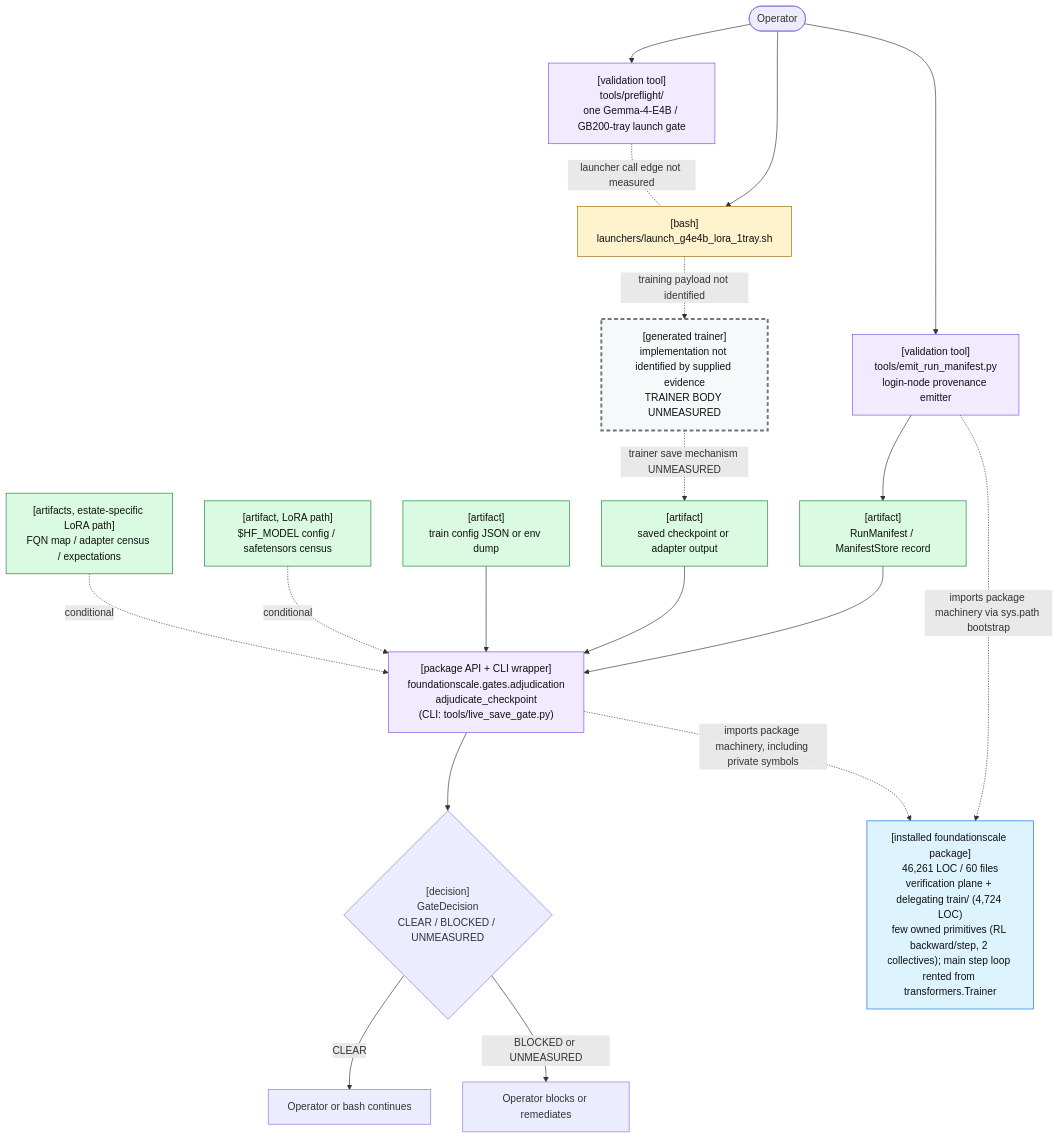
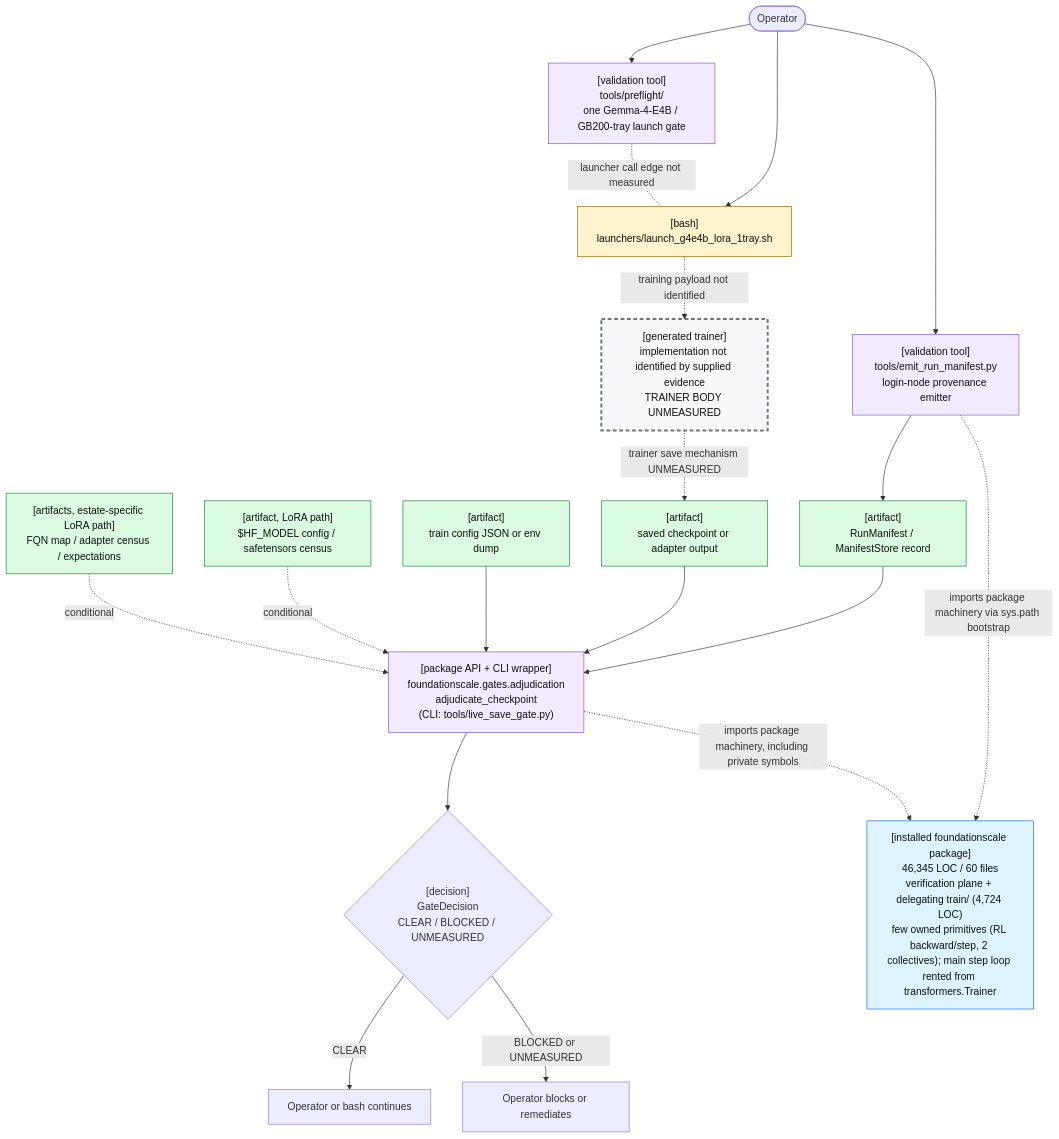
Before and after one commit to TranNhiem/FoundationScale: the first of 2 diagrams in docs/review/D2_current_architecture.md, drawn with Mermaid. The commit also changed other lines of this file and 18 other files, not shown here.

````diff
--- a/docs/review/D2_current_architecture.md
+++ b/docs/review/D2_current_architecture.md
@@ -25,59 +25,59 @@
 ```mermaid
 flowchart TB
   O(["Operator"])
 
   PF["[validation tool]<br/>tools/preflight/<br/>one Gemma-4-E4B / GB200-tray launch gate"]
   L["[bash]<br/>launchers/launch_g4e4b_lora_1tray.sh"]
 
   E["[validation tool]<br/>tools/emit_run_manifest.py<br/>login-node provenance emitter"]
   M["[artifact]<br/>RunManifest / ManifestStore record"]
 
   T["[generated trainer]<br/>implementation not identified by supplied evidence<br/>TRAINER BODY UNMEASURED"]
   C["[artifact]<br/>saved checkpoint or adapter output"]
 
   G["[package API + CLI wrapper]<br/>foundationscale.gates.adjudication<br/>adjudicate_checkpoint<br/>(CLI: tools/live_save_gate.py)"]
   CFG["[artifact]<br/>train config JSON or env dump"]
   BASE["[artifact, LoRA path]<br/>$HF_MODEL config / safetensors census"]
   CEN["[artifacts, estate-specific LoRA path]<br/>FQN map / adapter census / expectations"]
 
   D{"[decision]<br/>GateDecision<br/>CLEAR / BLOCKED / UNMEASURED"}
   OK["Operator or bash continues"]
   NO["Operator blocks or remediates"]
 
-  PKG["[installed foundationscale package]<br/>46,261 LOC / 60 files<br/>verification plane + delegating train/ (4,724 LOC)<br/>few owned primitives (RL backward/step, 2 collectives); main step loop rented from transformers.Trainer"]
+  PKG["[installed foundationscale package]<br/>46,345 LOC / 60 files<br/>verification plane + delegating train/ (4,724 LOC)<br/>few owned primitives (RL backward/step, 2 collectives); main step loop rented from transformers.Trainer"]
 
   O --> PF
   O --> L
   PF -. "launcher call edge not measured" .- L
 
   O --> E
   E --> M
 
   L -. "training payload not identified" .-> T
   T -. "trainer save mechanism UNMEASURED" .-> C
 
   M --> G
   C --> G
   CFG --> G
   BASE -. "conditional" .-> G
   CEN -. "conditional" .-> G
 
   E -. "imports package machinery via sys.path bootstrap" .-> PKG
   G -. "imports package machinery, including private symbols" .-> PKG
 
   G --> D
   D -->|"CLEAR"| OK
   D -->|"BLOCKED or UNMEASURED"| NO
 
   classDef bash fill:#fff3cd,stroke:#9a6700,color:#111;
   classDef tool fill:#f2eaff,stroke:#8250df,color:#111;
   classDef artifact fill:#dafbe1,stroke:#1a7f37,color:#111;
   classDef gap fill:#f6f8fa,stroke:#6e7781,stroke-width:3px,stroke-dasharray: 6 4,color:#111;
   classDef pkg fill:#ddf4ff,stroke:#0969da,color:#111;
 
   class L bash;
   class PF,E,G tool;
   class M,C,CFG,BASE,CEN artifact;
   class T gap;
   class PKG pkg;
 ```
````
